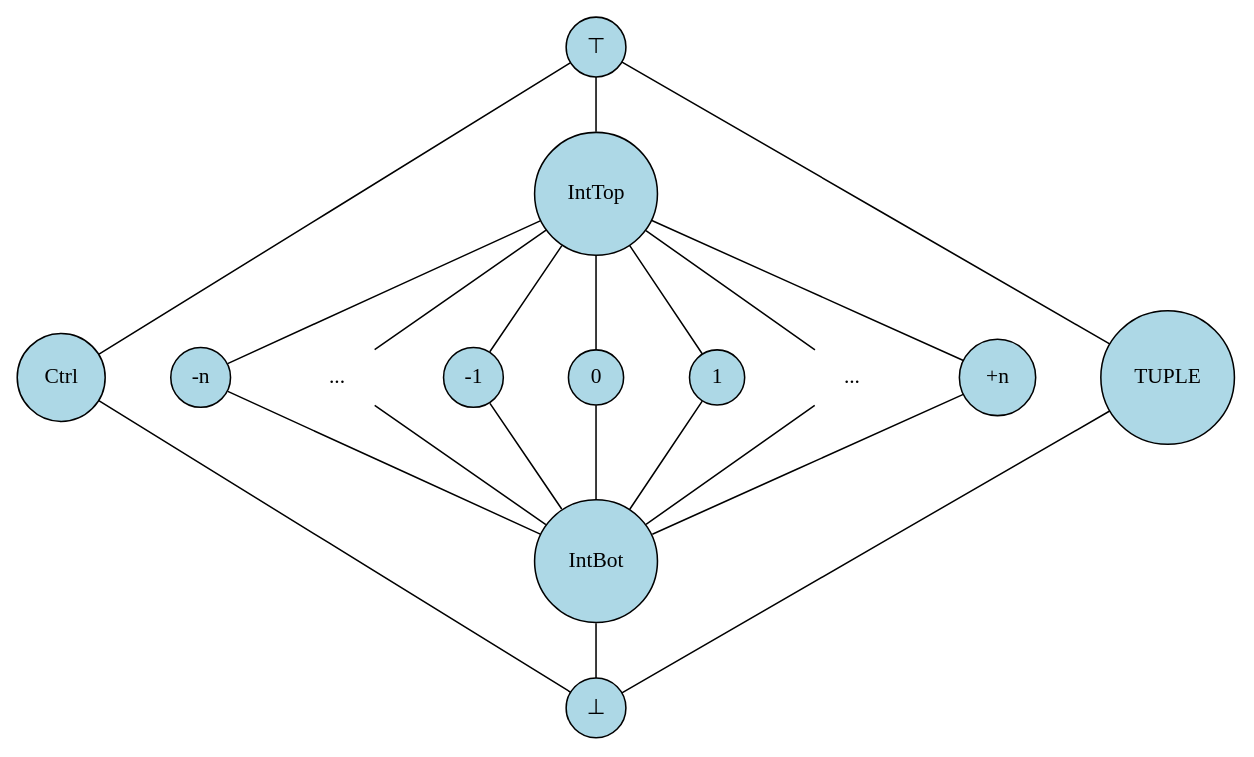
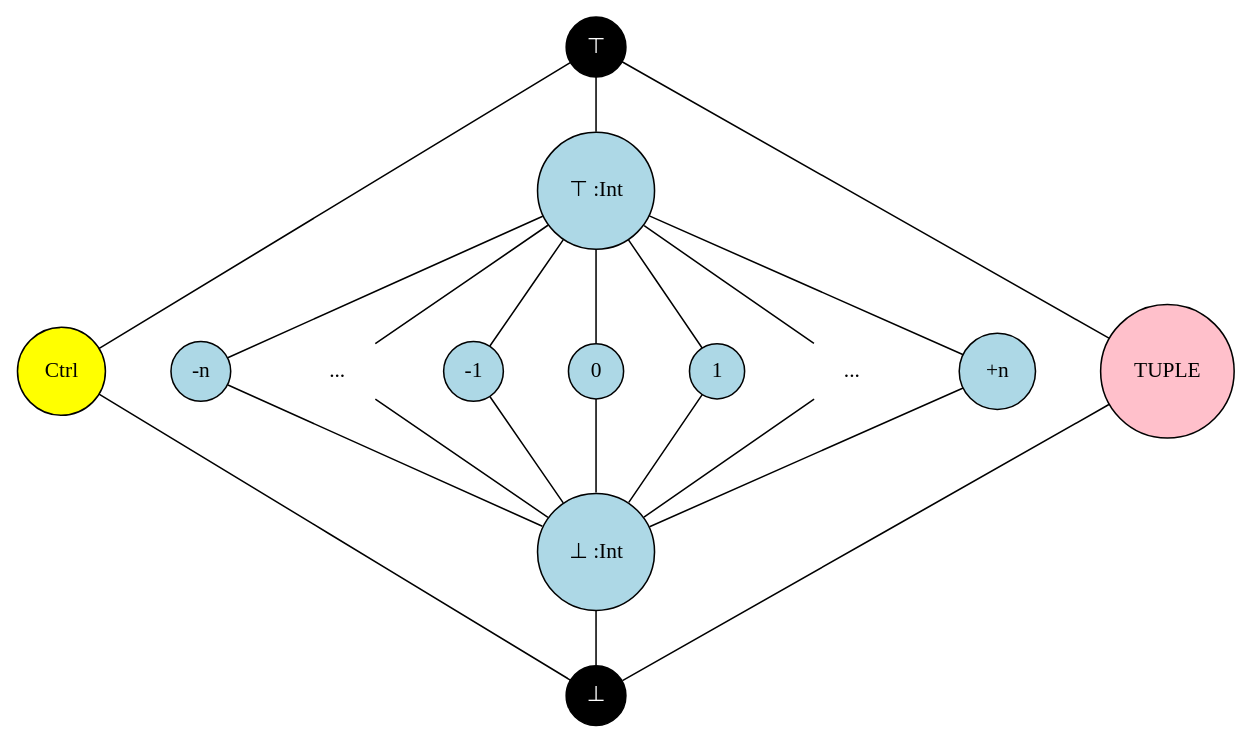
One commit to SeaOfNodes/Simple changed the diagram in chapter04/docs/lattice.gv. Above: the diagram before and after it, drawn with Graphviz. The commit also changed 5 other files, not shown here.

Commit message:
Upgrades to the Type lattice diagrams

```diff
--- a/chapter04/docs/lattice.gv
+++ b/chapter04/docs/lattice.gv
@@ -1,63 +1,64 @@
 digraph Lattice {
     // Define nodes
     splines=false;
     node [shape=circle, style=filled, fillcolor=lightblue];
     nodesep=0.6;
 
-    TOP [label="⊤"];
-    BOT [label="⊥"];
+    TOP [label="⊤" , fillcolor=black, fontcolor=white];
+    BOT [label="⊥", fillcolor=black, fontcolor=white];
 
-    CTRL [label="Ctrl"];
+    CTRL [label="Ctrl", fillcolor=yellow];
 
-    INT_TOP [label="IntTop"];
-    INT_BOT [label="IntBot"];
+    INT_TOP [label="⊤ :Int"];
+    INT_BOT [label="⊥ :Int"];
 
     INT_MIN [label="-n"];
     INT_MINDOTS [label="..." shape=none style=none];
     INT_MINUS [label="-1"];
     INT_ZERO [label="0"];
     INT_PLUS [label="1"];
     INT_MAXDOTS [label="..." shape=none style=none];
     INT_MAX [label="+n"];
 
-    TUPLE [label="TUPLE"];
+    TUPLE [label="TUPLE", fillcolor=pink];
 
     // Define edges
     edge [arrowhead=none];
 
     TOP         -> INT_TOP;
     INT_TOP     -> INT_MIN;
     INT_TOP     -> INT_MINDOTS;
     INT_TOP     -> INT_MINUS;
     INT_TOP     -> INT_ZERO;
     INT_TOP     -> INT_PLUS;
     INT_TOP     -> INT_MAXDOTS;
     INT_TOP     -> INT_MAX;
     INT_MIN     -> INT_BOT;
     INT_MINDOTS -> INT_BOT;
     INT_MINUS   -> INT_BOT;
     INT_ZERO    -> INT_BOT;
     INT_PLUS    -> INT_BOT;
     INT_MAXDOTS -> INT_BOT;
     INT_MAX     -> INT_BOT;
     INT_BOT     -> BOT;
 
     INT_MIN -> INT_MINDOTS -> INT_MINUS -> INT_ZERO -> INT_PLUS -> INT_MAXDOTS -> INT_MAX [style=invis];
 
-    TOP          -> TUPLE;
-    TUPLE        -> BOT;
+    TOP   -> TUPLE;
+    TUPLE -> BOT;
 
-    TOP          -> CTRL;
-    CTRL         -> BOT;
+    TOP   -> CTRL;
+    CTRL  -> BOT;
 
 
     // Additional customization
     {rank=same; TOP}
     {rank=same; INT_TOP}
-    {rank=same; CTRL; INT_MIN; INT_MINDOTS;
-                INT_MINUS; INT_ZERO;
-                INT_PLUS; INT_MAXDOTS;
-                INT_MAX; TUPLE}
+    {rank=same;
+      CTRL;
+      INT_MIN; INT_MINDOTS; INT_MINUS; INT_ZERO; INT_PLUS; INT_MAXDOTS; INT_MAX;
+      TUPLE
+    }
     {rank=same; INT_BOT}
     {rank=same; BOT;}
 }
```
